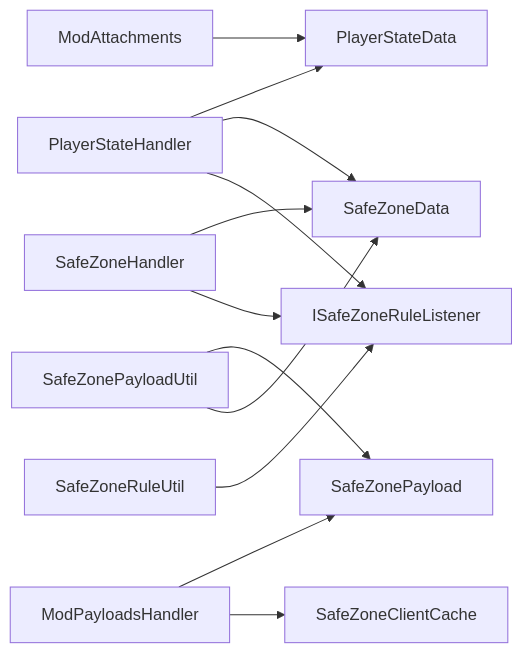
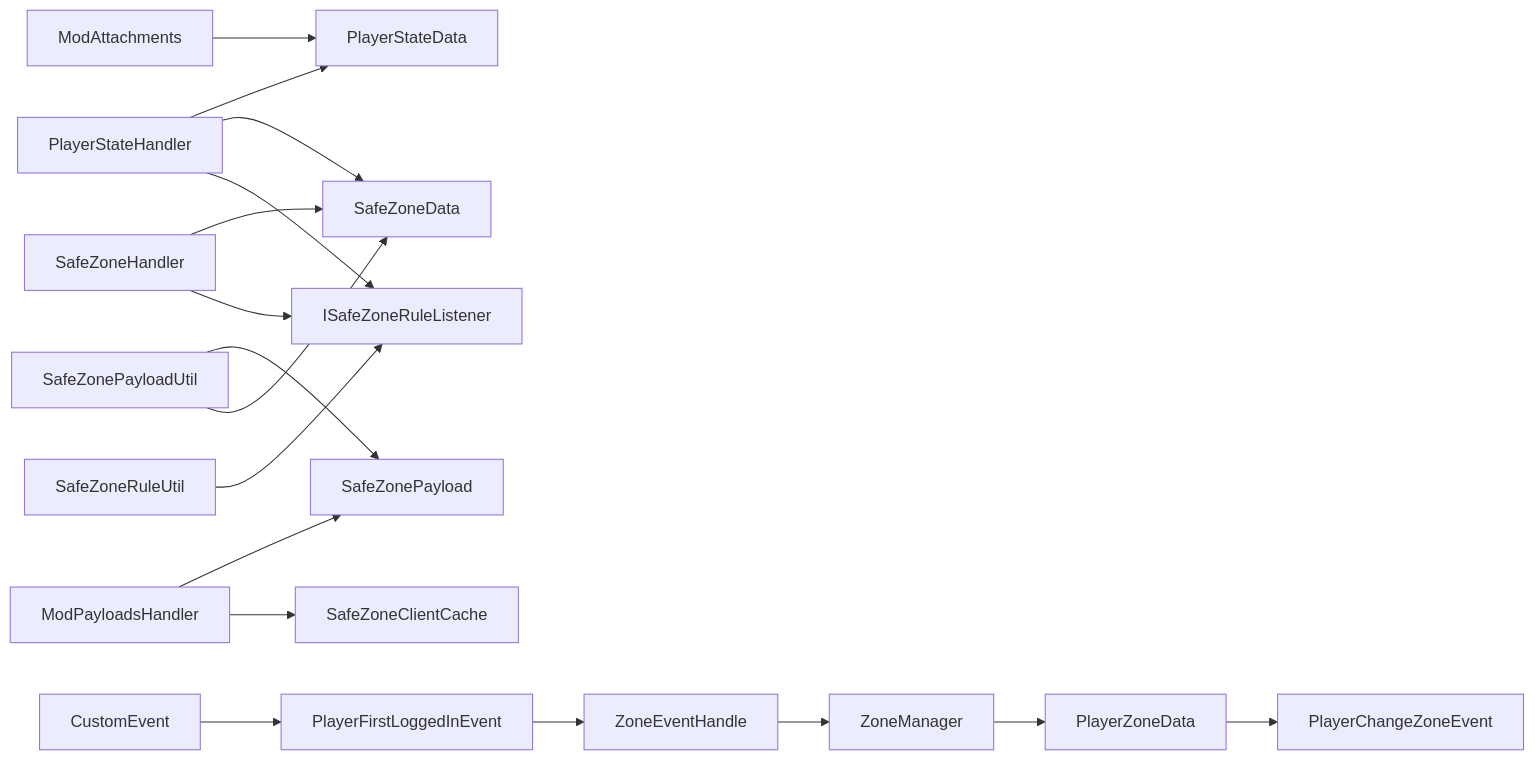
The tenth of 10 diagrams in .qoder/repowiki/zh/content/安全区系统/事件处理系统.md (Ver-shift/SubModulesGeneHunter), drawn with Mermaid before and after one commit. The commit also changed other lines of this file and 49 other files, not shown here.

````diff
--- a/.qoder/repowiki/zh/content/安全区系统/事件处理系统.md
+++ b/.qoder/repowiki/zh/content/安全区系统/事件处理系统.md
@@ -342,14 +467,19 @@
 ```mermaid
 graph LR
 PSH["PlayerStateHandler"] --> PSD["PlayerStateData"]
 PSH --> SZD["SafeZoneData"]
 PSH --> ISZRL["ISafeZoneRuleListener"]
 SZH["SafeZoneHandler"] --> SZD
 SZH --> ISZRL
 MPH["ModPayloadsHandler"] --> SZP["SafeZonePayload"]
 MPH --> SZPC["SafeZoneClientCache"]
 SZPU["SafeZonePayloadUtil"] --> SZP
 SZPU --> SZD
 MA["ModAttachments"] --> PSD
 SZRU["SafeZoneRuleUtil"] --> ISZRL
+CE["CustomEvent"] --> PEFLE["PlayerFirstLoggedInEvent"]
+PEFLE --> ZEH["ZoneEventHandle"]
+ZEH --> ZM["ZoneManager"]
+PZD["PlayerZoneData"] --> PCE["PlayerChangeZoneEvent"]
+ZM --> PZD
 ```
````
